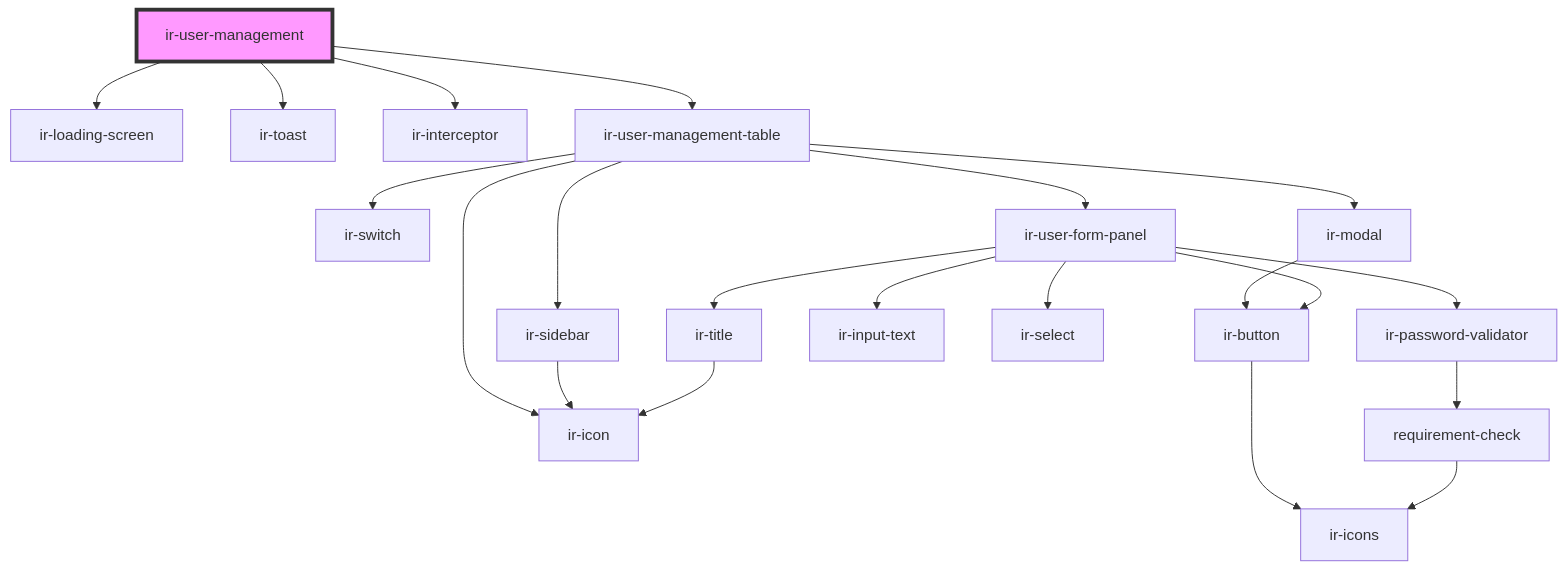
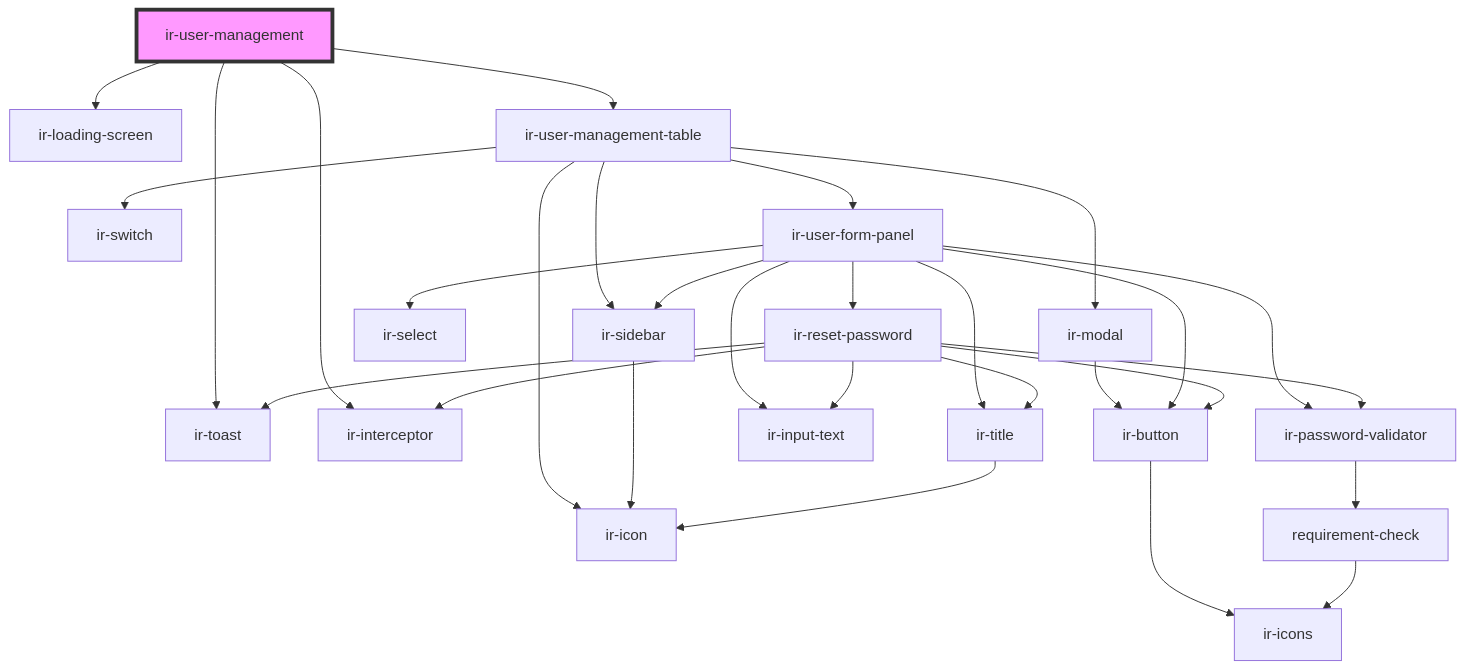
Before and after one commit to David1Chowaifaty/modified-ir-webcmp: the diagram in src/components/ir-user-management/readme.md, drawn with Mermaid. The commit also changed 26 other files, not shown here.

Commit message:
connected the user management to the backend

````diff
--- a/src/components/ir-user-management/readme.md
+++ b/src/components/ir-user-management/readme.md
@@ -29,24 +29,32 @@
 ```mermaid
 graph TD;
-  ir-user-management --> ir-loading-screen
   ir-user-management --> ir-toast
   ir-user-management --> ir-interceptor
+  ir-user-management --> ir-loading-screen
   ir-user-management --> ir-user-management-table
   ir-user-management-table --> ir-icon
   ir-user-management-table --> ir-switch
   ir-user-management-table --> ir-sidebar
   ir-user-management-table --> ir-modal
   ir-user-management-table --> ir-user-form-panel
   ir-sidebar --> ir-icon
   ir-modal --> ir-button
   ir-button --> ir-icons
   ir-user-form-panel --> ir-title
   ir-user-form-panel --> ir-input-text
   ir-user-form-panel --> ir-select
   ir-user-form-panel --> ir-password-validator
   ir-user-form-panel --> ir-button
+  ir-user-form-panel --> ir-sidebar
+  ir-user-form-panel --> ir-reset-password
   ir-title --> ir-icon
   ir-password-validator --> requirement-check
   requirement-check --> ir-icons
+  ir-reset-password --> ir-interceptor
+  ir-reset-password --> ir-toast
+  ir-reset-password --> ir-title
+  ir-reset-password --> ir-input-text
+  ir-reset-password --> ir-password-validator
+  ir-reset-password --> ir-button
   style ir-user-management fill:#f9f,stroke:#333,stroke-width:4px
 ```
````
